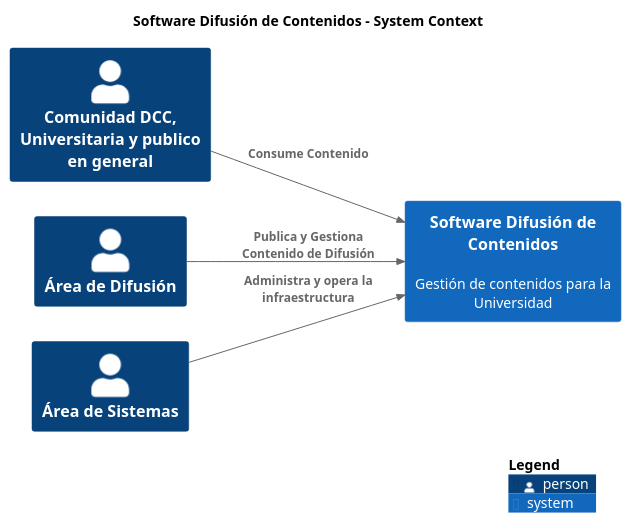
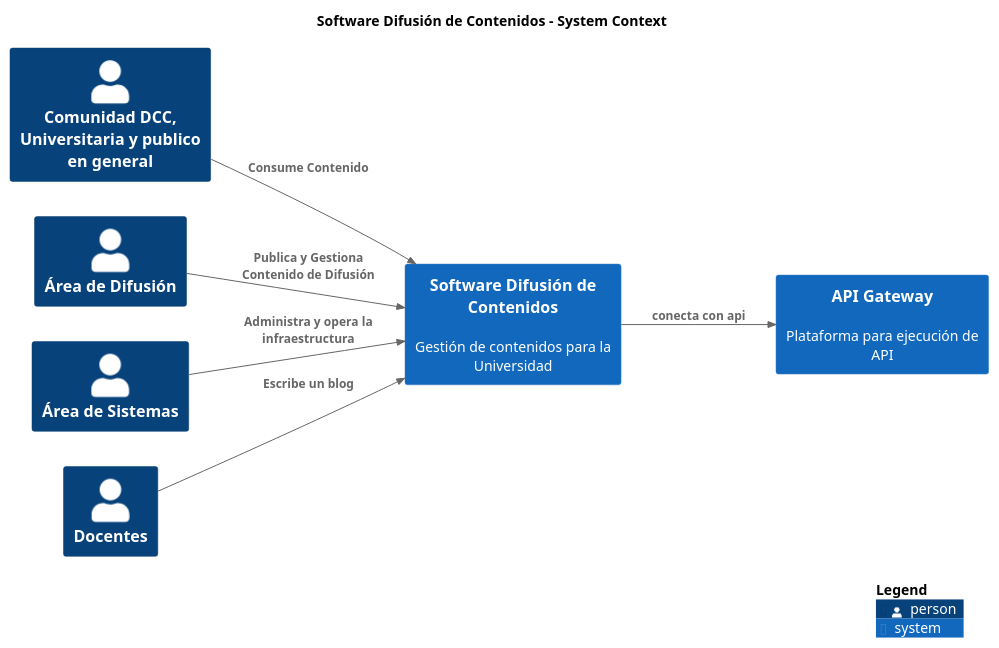
One commit to nbrx/c4-dcc-arq changed the diagram in build/site/puml/SystemContext-001-SystemContext-001.puml. Above: the diagram before and after it, drawn with PlantUML. The commit also changed 144 other files, not shown here.

```diff
--- a/build/site/puml/SystemContext-001-SystemContext-001.puml
+++ b/build/site/puml/SystemContext-001-SystemContext-001.puml
@@ -1,22 +1,26 @@
 @startuml
 set separator none
 title Software Difusión de Contenidos - System Context
 
 left to right direction
 
 !include <C4/C4>
 !include <C4/C4_Context>
 
 skinparam svgDimensionStyle false
 skinparam preserveAspectRatio meet
 Person(ComunidadDCCUniversitariaypublicoengeneral, "Comunidad DCC, Universitaria y publico en general", "", $tags="")
 Person(ÁreadeDifusión, "Área de Difusión", "", $tags="")
 Person(ÁreadeSistemas, "Área de Sistemas", "", $tags="")
+Person(Docentes, "Docentes", "", $tags="")
+System(APIGateway, "API Gateway", "Plataforma para ejecución de API", $tags="")[[../../api-gateway/context/]]
 System(SoftwareDifusióndeContenidos, "Software Difusión de Contenidos", "Gestión de contenidos para la Universidad", $tags="")[[../container/]]
 
+Rel_D(ComunidadDCCUniversitariaypublicoengeneral, SoftwareDifusióndeContenidos, "Consume Contenido", $tags="")
+Rel_D(Docentes, SoftwareDifusióndeContenidos, "Escribe un blog", $tags="")
 Rel_D(ÁreadeDifusión, SoftwareDifusióndeContenidos, "Publica y Gestiona Contenido de Difusión", $tags="")
 Rel_D(ÁreadeSistemas, SoftwareDifusióndeContenidos, "Administra y opera la infraestructura", $tags="")
-Rel_D(ComunidadDCCUniversitariaypublicoengeneral, SoftwareDifusióndeContenidos, "Consume Contenido", $tags="")
+Rel_D(SoftwareDifusióndeContenidos, APIGateway, "conecta con api", $tags="")
 
 SHOW_LEGEND(true)
 @enduml
```
